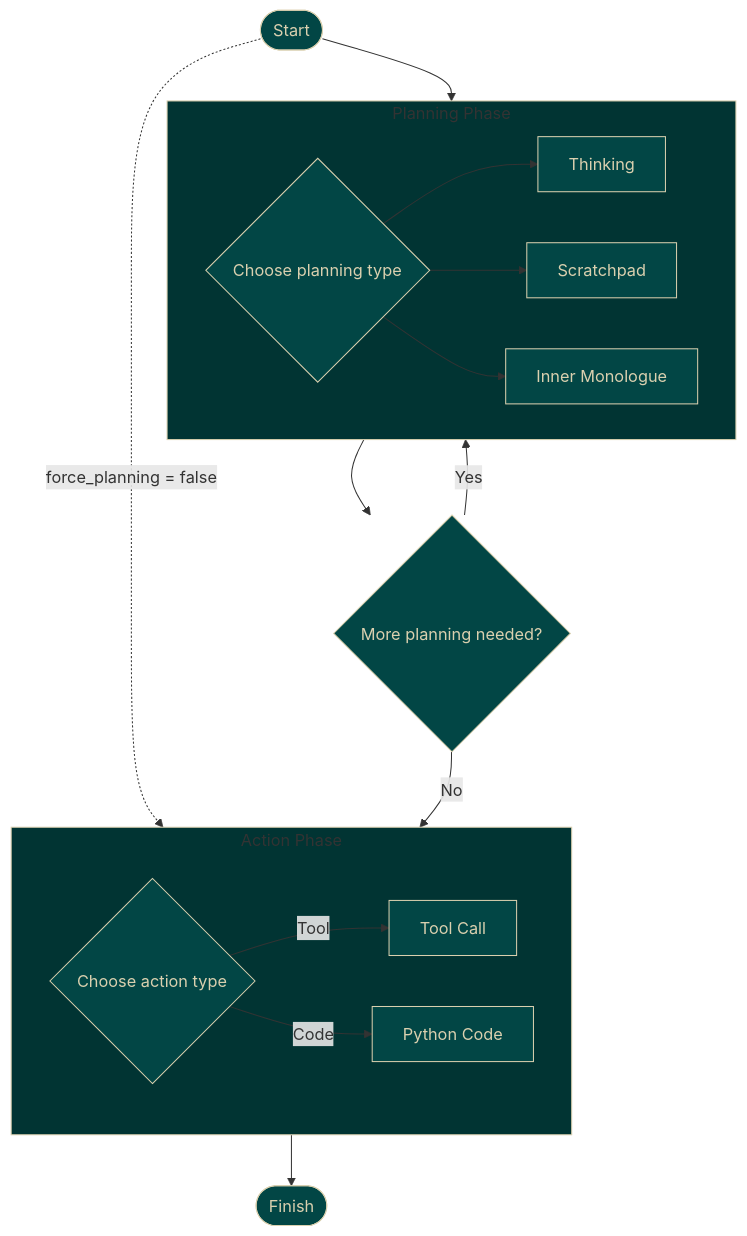
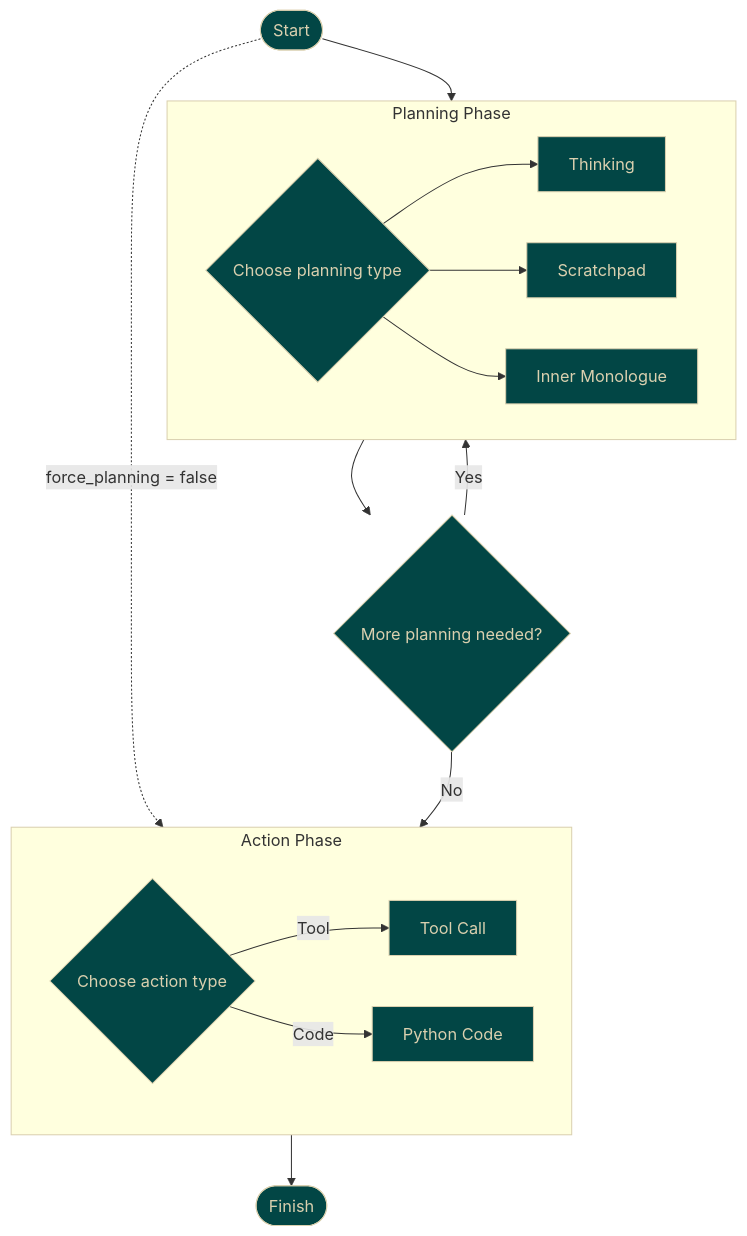
One commit to TheProxyCompany/proxy-technical-docs changed the diagram in pba-docs/docs/index.md. Above: the diagram before and after it, drawn with Mermaid. The commit also changed 1 other file, not shown here.

````diff
--- a/pba-docs/docs/index.md
+++ b/pba-docs/docs/index.md
@@ -17,42 +17,42 @@
 ```mermaid
 flowchart TD
     Start([Start]) --> Plan
     Start -. force_planning = false .-> Action
 
     subgraph Plan["Planning Phase"]
         PlanningChoice{"Choose planning type"}
         Thinking["Thinking"]
         Scratchpad["Scratchpad"]
         InnerMonologue["Inner Monologue"]
 
         PlanningChoice --> Thinking
         PlanningChoice --> Scratchpad
         PlanningChoice --> InnerMonologue
     end
 
     subgraph Action["Action Phase"]
         ActionChoice{"Choose action type"}
         ToolAction["Tool Call"]
         CodeAction["Python Code"]
 
         ActionChoice -- "Tool" --> ToolAction
         ActionChoice -- "Code" --> CodeAction
     end
 
     Plan --> PlanLoop{"More planning needed?"}
     PlanLoop -- "Yes" --> Plan
     PlanLoop -- "No" --> Action
 
     Action --> Finish([Finish])
 
-    classDef phase fill:#013433,stroke:#DAD0AF,border-color:#DAD0AF
+    classDef phase stroke:#DAD0AF,border-color:#DAD0AF
     classDef decision fill:#024645,stroke:#DAD0AF,color:#DAD0AF,border-color:#DAD0AF,shape:diamond
     classDef state fill:#024645,stroke:#DAD0AF,color:#DAD0AF,border-color:#DAD0AF
     classDef terminal fill:#024645,stroke:#DAD0AF,color:#DAD0AF,border-color:#DAD0AF,shape:stadium
 
     class Plan,Action phase
     class PlanLoop,ActionChoice,StepCheck decision
     class PlanningChoice,Thinking,Scratchpad,InnerMonologue state
     class ToolAction,CodeAction state
     class Start,Finish terminal
 ```
````
